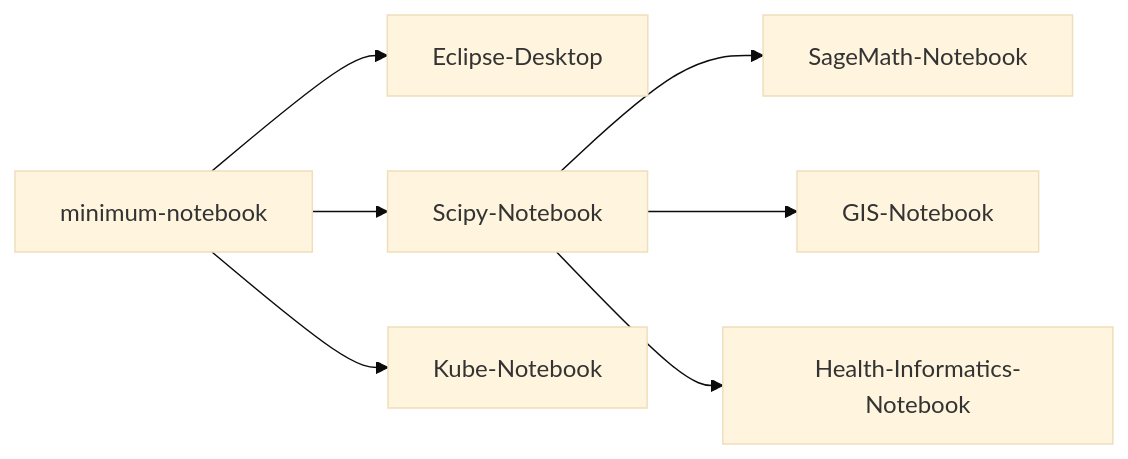
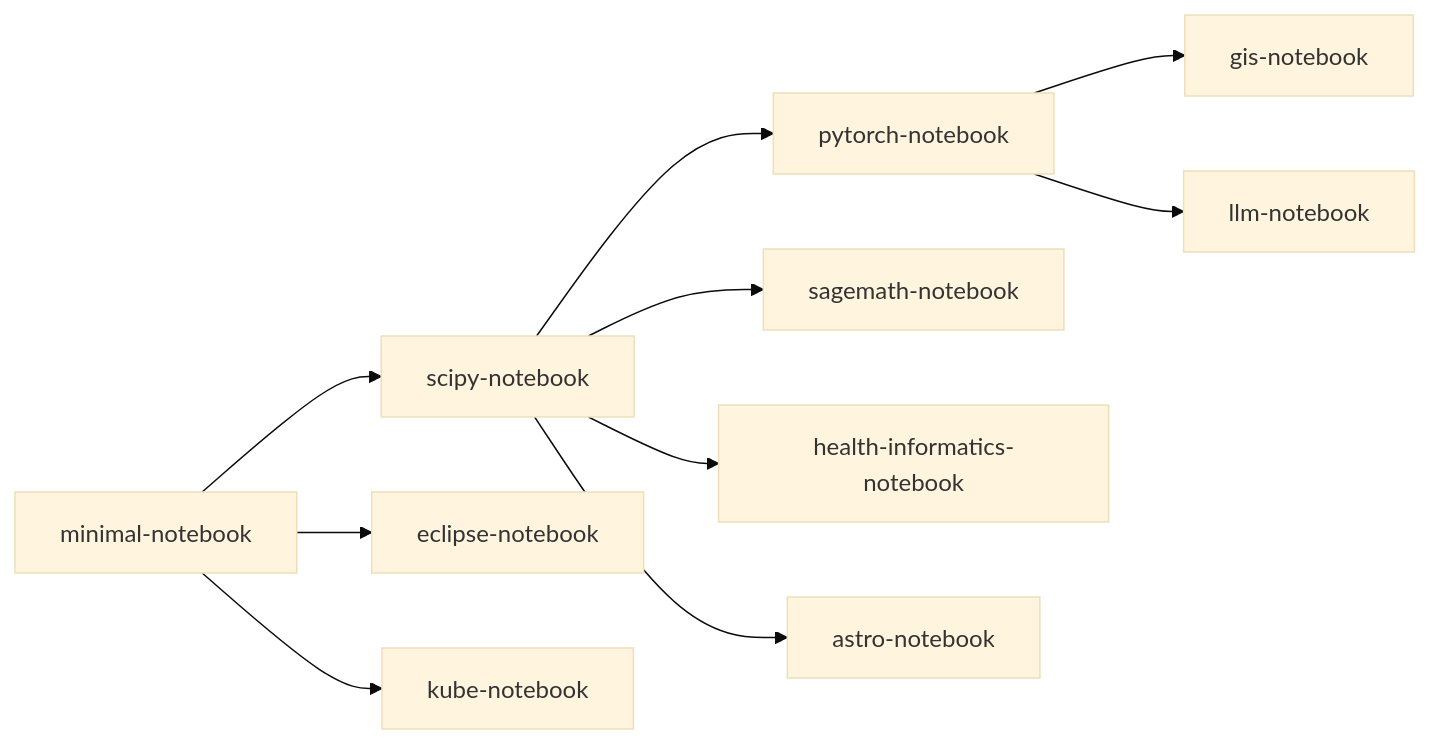
Before and after one commit to SDSU-Research-CI/SDSU-Research-CI.github.io: the second of 2 diagrams in docs/instructionalcluster/availableimages.md, drawn with Mermaid (base theme). The commit also changed other lines of this file and 2 other files, not shown here.

````diff
--- a/docs/instructionalcluster/availableimages.md
+++ b/docs/instructionalcluster/availableimages.md
@@ -53,8 +73,23 @@
 ```mermaid
 graph LR;
-    A[minimum-notebook]-->B[Eclipse-Desktop];
-    A-->C[Scipy-Notebook]-->D[SageMath-Notebook];
-    A-->F[Kube-Notebook];
-    C-->E[GIS-Notebook];
-    C-->G[Health-Informatics-Notebook]
+    A[minimal-notebook]
+    B[scipy-notebook]
+    C[pytorch-notebook]
+    D[eclipse-notebook]
+    E[kube-notebook]
+    F[sagemath-notebook]
+    G[gis-notebook]
+    H[health-informatics-notebook]
+    I[astro-notebook]
+    J[llm-notebook]
+
+    A-->B
+    A-->D
+    A-->E
+    B-->C
+    B-->F
+    B-->H
+    B-->I
+    C-->G
+    C-->J
 ```
````
